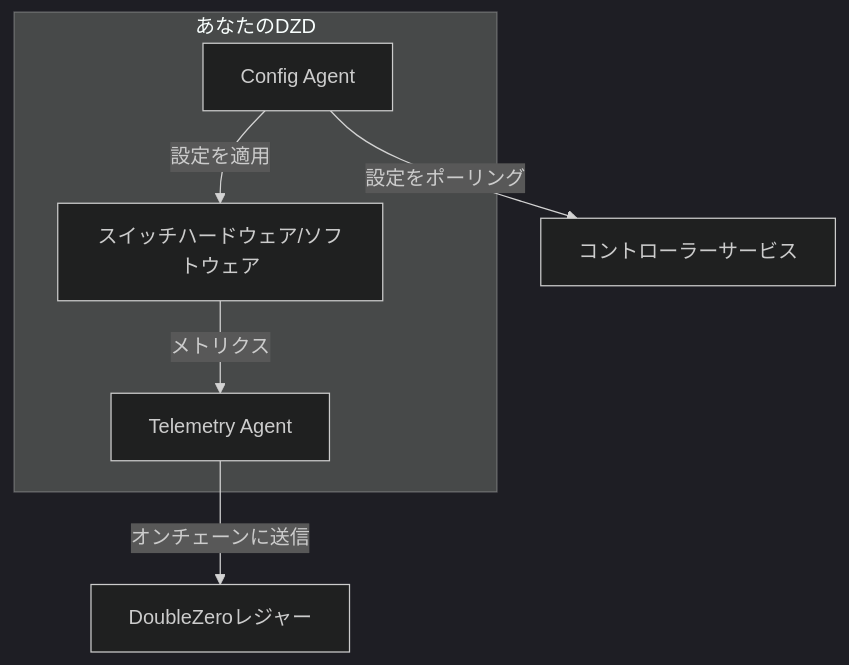
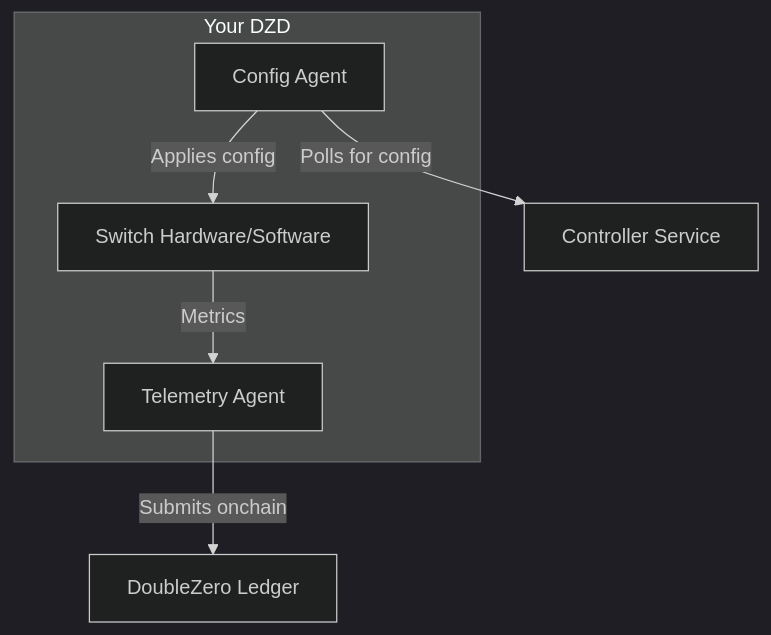
Before and after one commit to malbeclabs/docs: diagram 12 of 13 in docs/contribute-provisioning.ja.md, drawn with Mermaid (dark theme). The commit also changed other lines of this file and 160 other files, not shown here.

````diff
--- a/docs/contribute-provisioning.ja.md
+++ b/docs/contribute-provisioning.ja.md
@@ -697,14 +766,14 @@
 ```mermaid
 flowchart TB
-    subgraph "あなたのDZD"
+    subgraph "Your DZD"
         CA[Config Agent]
         TA[Telemetry Agent]
-        HW[スイッチハードウェア/ソフトウェア]
+        HW[Switch Hardware/Software]
     end
 
-    CA -->|設定をポーリング| CTRL[コントローラーサービス]
-    CA -->|設定を適用| HW
+    CA -->|Polls for config| CTRL[Controller Service]
+    CA -->|Applies config| HW
 
-    HW -->|メトリクス| TA
-    TA -->|オンチェーンに送信| BC[DoubleZeroレジャー]
+    HW -->|Metrics| TA
+    TA -->|Submits onchain| BC[DoubleZero Ledger]
 ```
````
